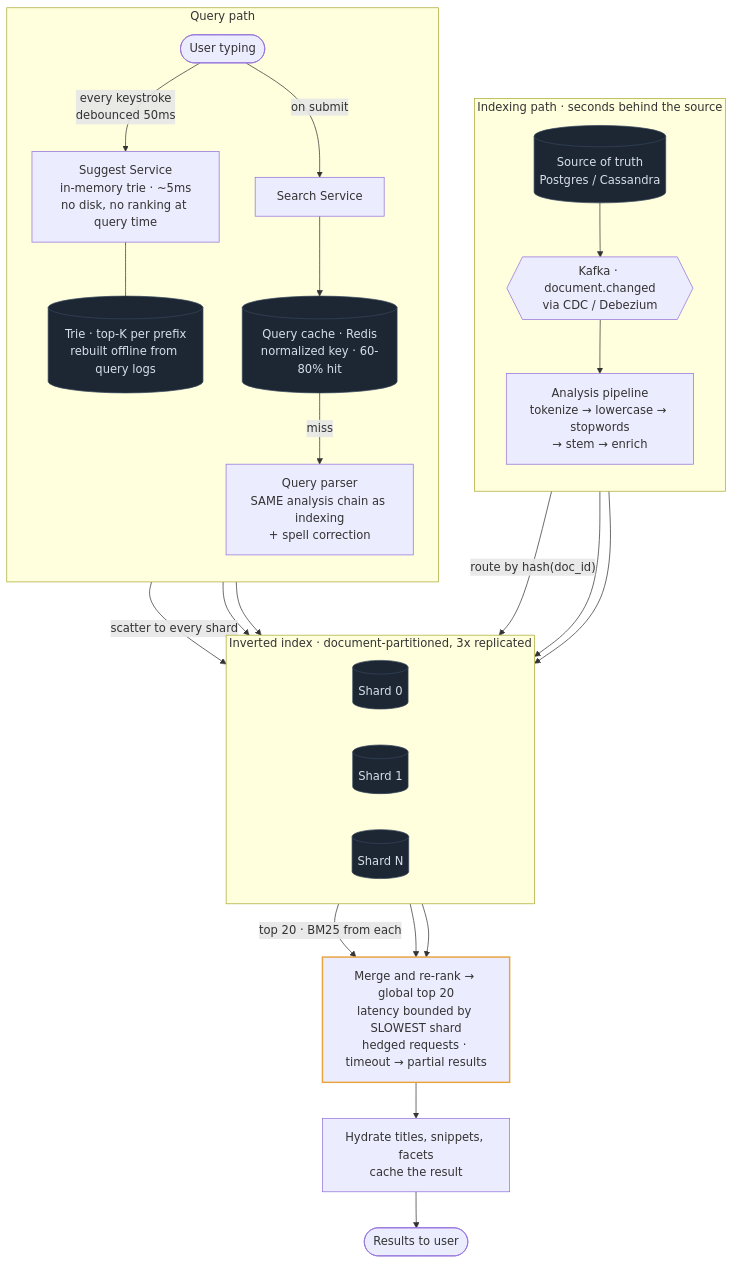
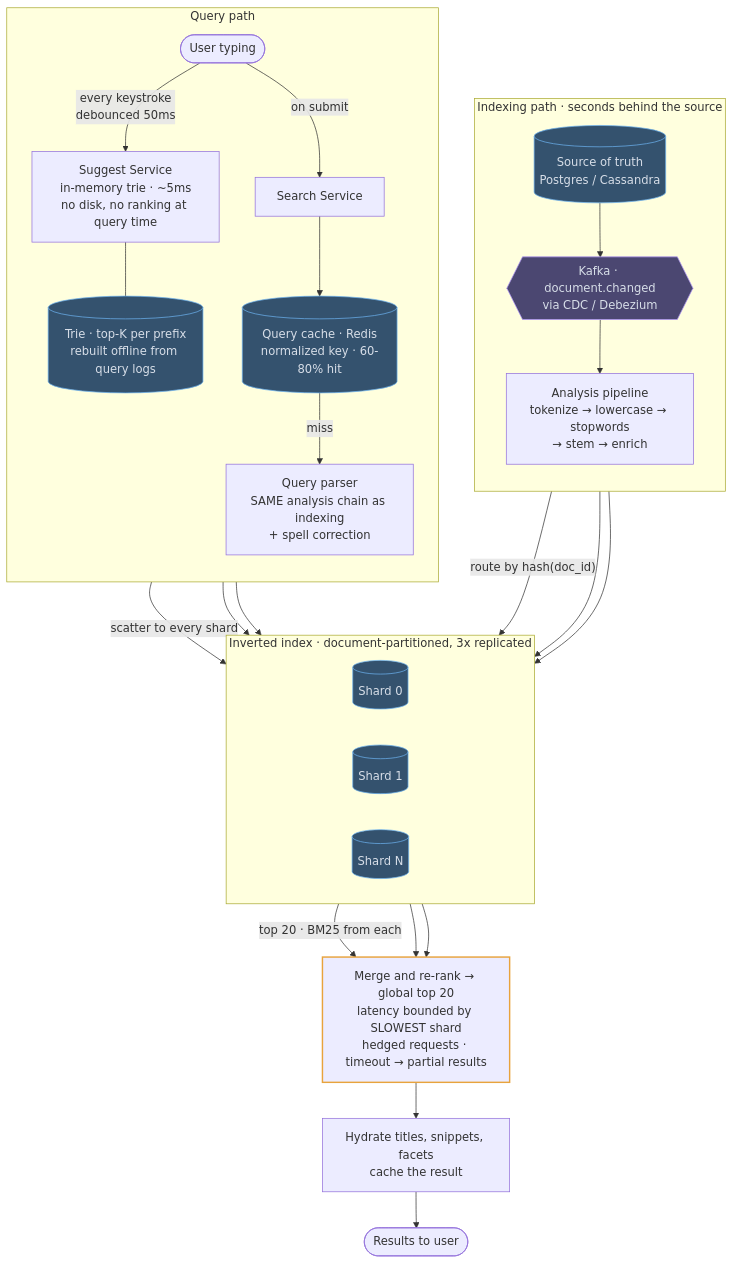
Before and after one commit to mertkahyaoglu/atlas: the diagram in content/designs/06-search-typeahead.md, drawn with Mermaid. The commit also changed 16 other files, not shown here.

````diff
--- a/content/designs/06-search-typeahead.md
+++ b/content/designs/06-search-typeahead.md
@@ -117,51 +117,53 @@
 ```mermaid
 flowchart TB
     subgraph ING ["Indexing path · seconds behind the source"]
         direction TB
         Truth[("Source of truth<br/>Postgres / Cassandra")]
         CDC{{"Kafka · document.changed<br/>via CDC / Debezium"}}
         Pipe["Analysis pipeline<br/>tokenize → lowercase → stopwords<br/>→ stem → enrich"]
         Truth --> CDC --> Pipe
     end
 
     subgraph QUERY ["Query path"]
         direction TB
         User([User typing])
         Suggest["Suggest Service<br/>in-memory trie · ~5ms<br/>no disk, no ranking at query time"]
         Trie[("Trie · top-K per prefix<br/>rebuilt offline from query logs")]
         Search[Search Service]
         QCache[("Query cache · Redis<br/>normalized key · 60-80% hit")]
         Parser["Query parser<br/>SAME analysis chain as indexing<br/>+ spell correction"]
         User -- "every keystroke<br/>debounced 50ms" --> Suggest
         Suggest --- Trie
         User -- "on submit" --> Search
         Search --> QCache
         QCache -- "miss" --> Parser
     end
 
     subgraph SHARDS ["Inverted index · document-partitioned, 3x replicated"]
         direction LR
         S0[("Shard 0")]
         S1[("Shard 1")]
         S2[("Shard N")]
     end
     Pipe -- "route by hash(doc_id)" --> S0
     Pipe --> S1 & S2
     Parser -- "scatter to every shard" --> S0
     Parser --> S1 & S2
 
     S0 -- "top 20 · BM25 from each" --> Gather
     S1 & S2 --> Gather
     Gather["Merge and re-rank → global top 20<br/>latency bounded by SLOWEST shard<br/>hedged requests · timeout → partial results"]
     Gather --> Hydrate["Hydrate titles, snippets, facets<br/>cache the result"]
     Hydrate --> Results([Results to user])
 
-    classDef store fill:#1d2734,stroke:#35455a,color:#d7dee8
+    classDef store fill:#34526e,stroke:#6cb2ee,color:#d7dee8
+    classDef queue fill:#4b4771,stroke:#ad94f7,color:#d7dee8
     classDef hot stroke:#e8a33d,stroke-width:2px
     class Truth,S0,S1,S2,Trie,QCache store
     class Gather hot
+    class CDC queue
 
     click Truth href "/docs/02-data-storage" "Role: the authoritative data that the search index is derived from.<br/>Trade-off: the index can always be rebuilt, but is never guaranteed current."
     click CDC href "/docs/05-async-messaging-and-event-driven" "Role: streams database changes to indexing without dual writes.<br/>Trade-off: seconds of indexing lag, so results can miss the latest edits."
     click QCache href "/docs/04-caching" "Role: serves the repeated queries that dominate traffic straight from memory.<br/>Trade-off: results can be stale for the TTL, and personalized queries cache poorly."
 ```
````
